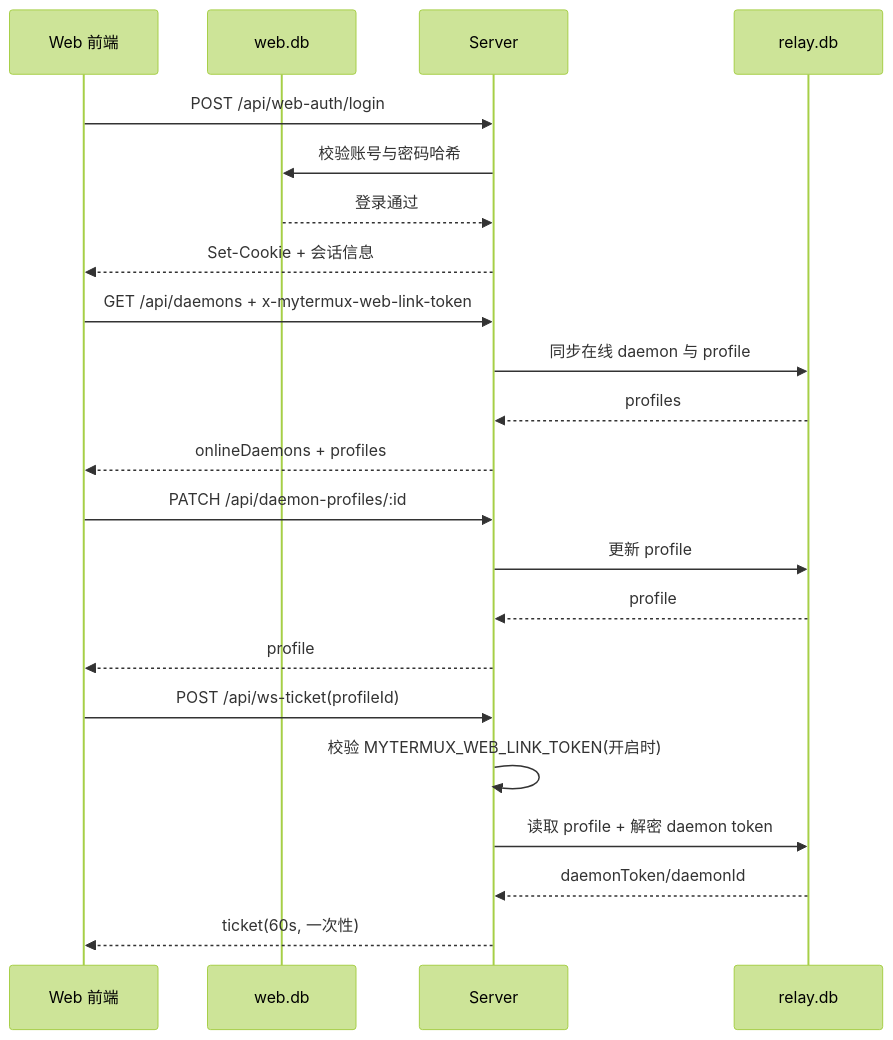
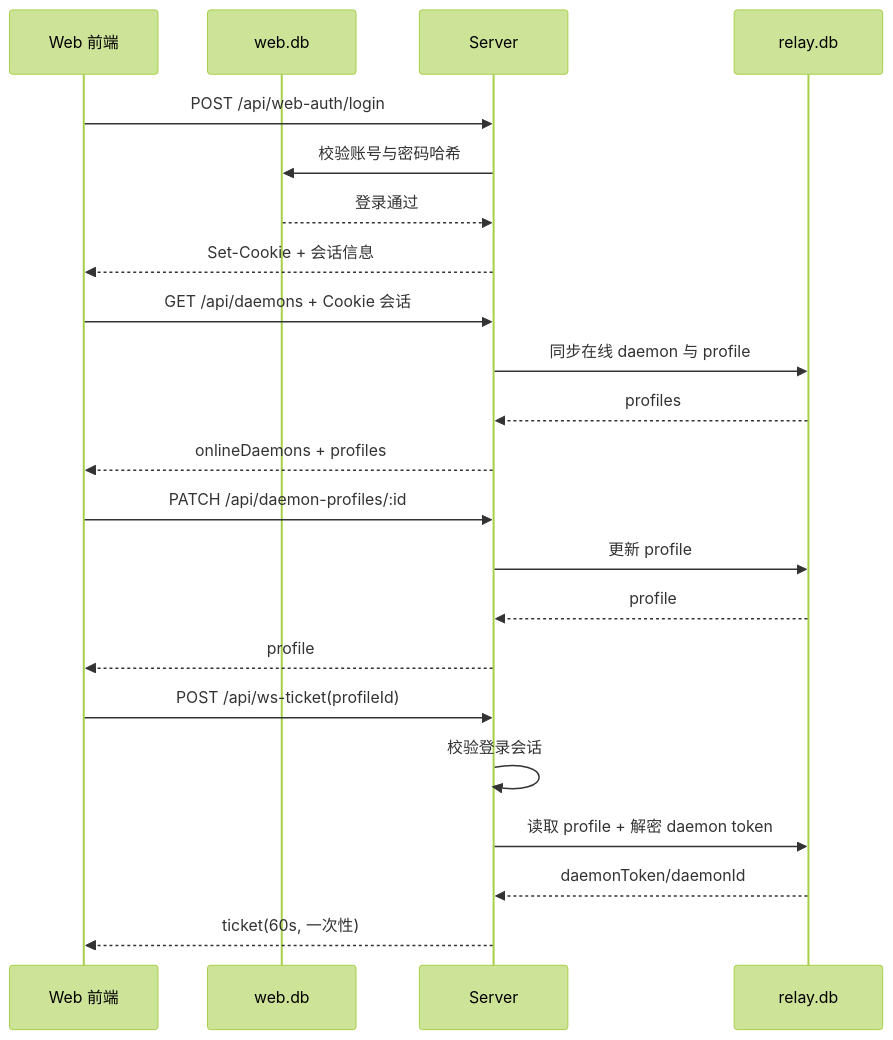
The second of 3 diagrams in docs/SERVICE_PROTOCOL_FLOW.md (ShakaRover/MyTermux), drawn with Mermaid (forest theme) before and after one commit. The commit also changed other lines of this file and 37 other files, not shown here.

````diff
--- a/docs/SERVICE_PROTOCOL_FLOW.md
+++ b/docs/SERVICE_PROTOCOL_FLOW.md
@@ -37,28 +37,28 @@
 ```mermaid
 sequenceDiagram
   participant W as Web 前端
   participant WA as web.db
   participant R as Server
   participant RB as relay.db
 
   W->>R: POST /api/web-auth/login
   R->>WA: 校验账号与密码哈希
   WA-->>R: 登录通过
   R-->>W: Set-Cookie + 会话信息
 
-  W->>R: GET /api/daemons + x-mytermux-web-link-token
+  W->>R: GET /api/daemons + Cookie 会话
   R->>RB: 同步在线 daemon 与 profile
   RB-->>R: profiles
   R-->>W: onlineDaemons + profiles
 
   W->>R: PATCH /api/daemon-profiles/:id
   R->>RB: 更新 profile
   RB-->>R: profile
   R-->>W: profile
 
   W->>R: POST /api/ws-ticket(profileId)
-  R->>R: 校验 MYTERMUX_WEB_LINK_TOKEN(开启时)
+  R->>R: 校验登录会话
   R->>RB: 读取 profile + 解密 daemon token
   RB-->>R: daemonToken/daemonId
   R-->>W: ticket(60s, 一次性)
 ```
````
